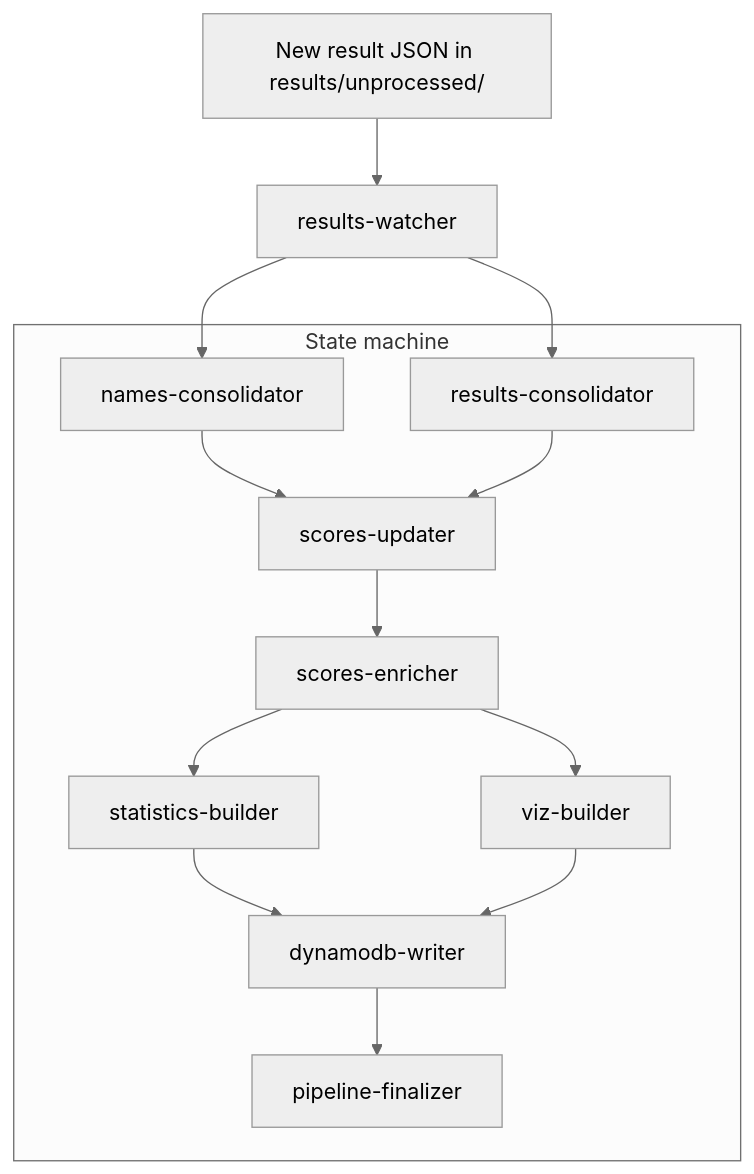
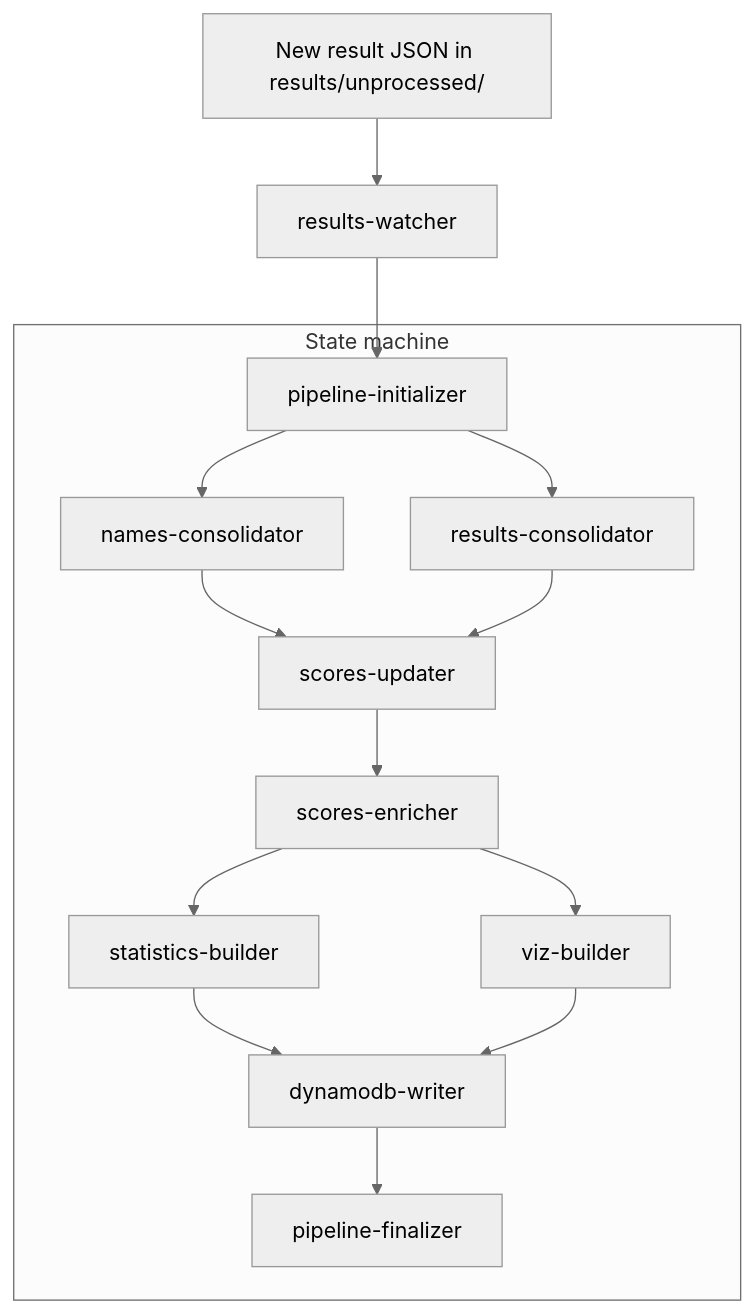
Before and after one commit to tor-gu/toa-data-pipeline: the diagram in README.md, drawn with Mermaid (neutral theme). The commit also changed other lines of this file and 7 other files, not shown here.

Commit message:
Move normalization to a new pipeline-initializer lambda

````diff
--- a/README.md
+++ b/README.md
@@ -11,19 +11,21 @@
 ```mermaid
 flowchart TD
     U[New result JSON in results/unprocessed/] --> W[results-watcher]
-    W --> N
-    W --> R
+    W --> I
 
     subgraph SM["State machine"]
+        I[pipeline-initializer]
+        I --> N
+        I --> R
         N[names-consolidator]
         R[results-consolidator]
         N --> S[scores-updater]
         R --> S
         S --> E[scores-enricher]
         E --> ST[statistics-builder]
         E --> V[viz-builder]
         ST --> D[dynamodb-writer]
         V --> D
         D --> F[pipeline-finalizer]
     end
 ```
````
